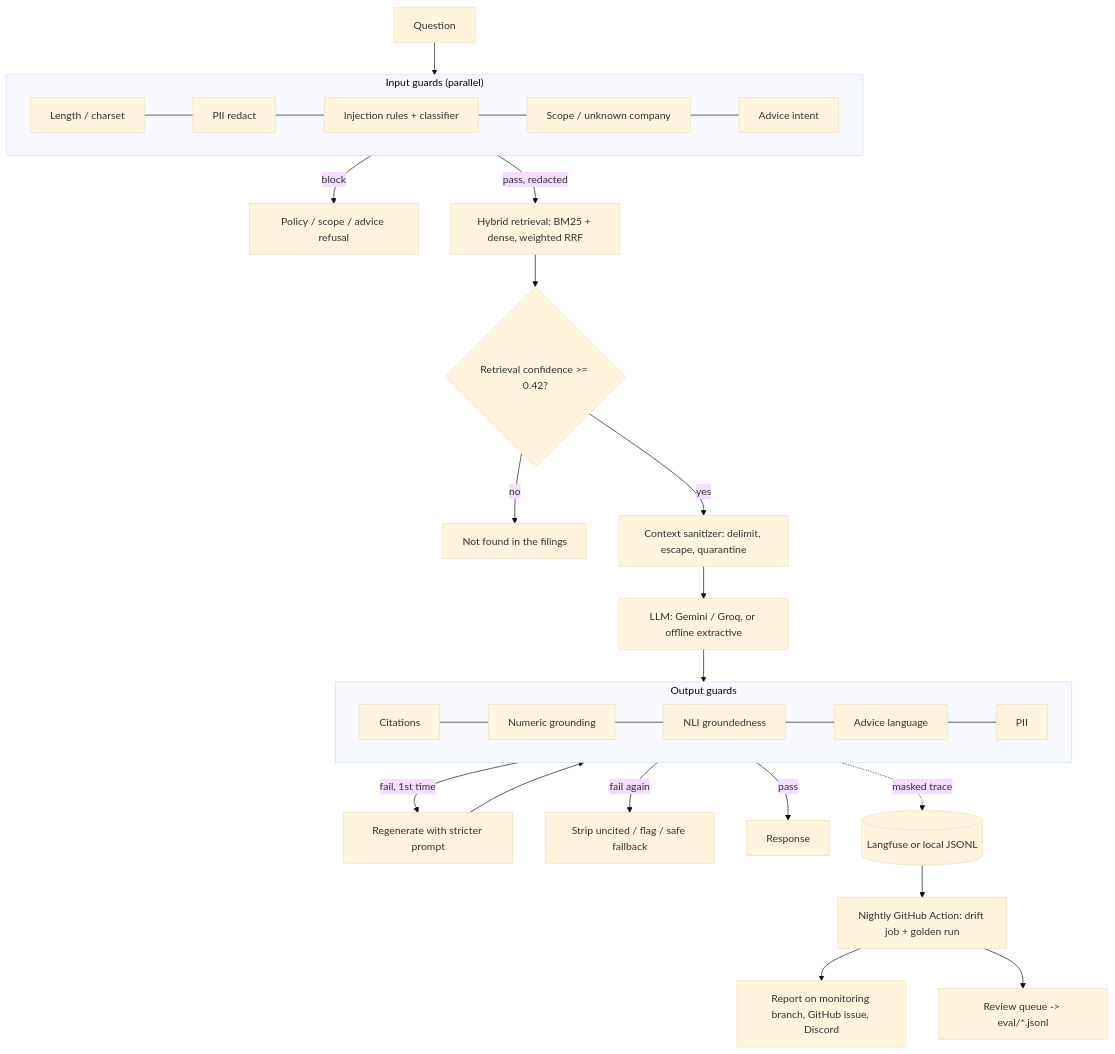
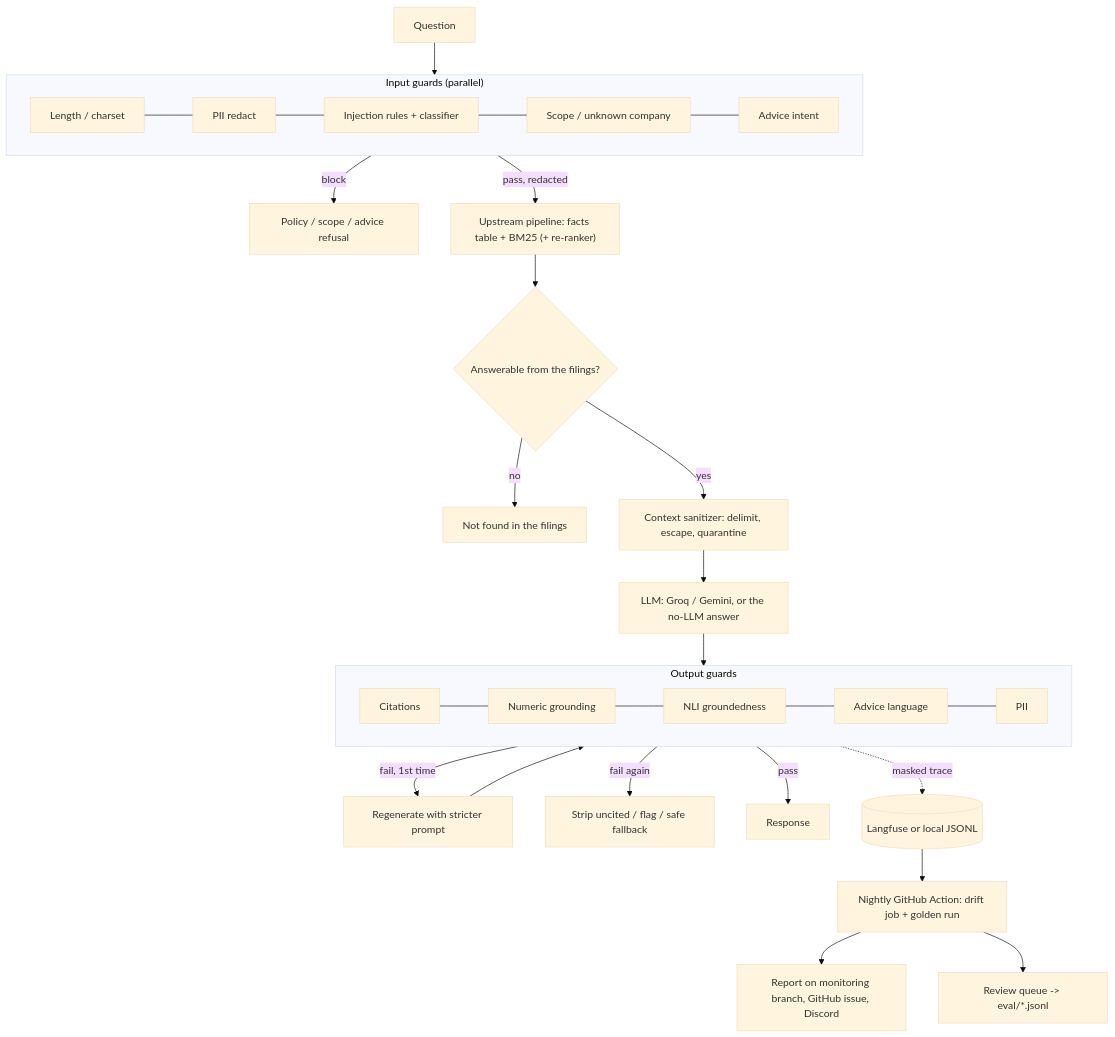
The diagram in README.md (Vaibhav-1614/rag-guardrails-monitoring), drawn with Mermaid (base theme) before and after one commit. The commit also changed other lines of this file and 82 other files, not shown here.

````diff
--- a/README.md
+++ b/README.md
@@ -120,24 +146,24 @@
 ```mermaid
 flowchart TD
     Q[Question] --> IG
     subgraph IG["Input guards (parallel)"]
         I1[Length / charset] --- I2[PII redact] --- I3[Injection rules + classifier] --- I4[Scope / unknown company] --- I5[Advice intent]
     end
     IG -->|block| REF1[Policy / scope / advice refusal]
-    IG -->|pass, redacted| RET[Hybrid retrieval: BM25 + dense, weighted RRF]
-    RET --> RC{"Retrieval confidence >= 0.42?"}
+    IG -->|pass, redacted| RET["Upstream pipeline: facts table + BM25 (+ re-ranker)"]
+    RET --> RC{"Answerable from the filings?"}
     RC -- no --> REF2["Not found in the filings"]
     RC -- yes --> SAN["Context sanitizer: delimit, escape, quarantine"]
-    SAN --> GEN["LLM: Gemini / Groq, or offline extractive"]
+    SAN --> GEN["LLM: Groq / Gemini, or the no-LLM answer"]
     GEN --> OG
     subgraph OG["Output guards"]
         O1[Citations] --- O2[Numeric grounding] --- O3[NLI groundedness] --- O4[Advice language] --- O5[PII]
     end
     OG -->|fail, 1st time| REGEN[Regenerate with stricter prompt] --> OG
     OG -->|fail again| FB["Strip uncited / flag / safe fallback"]
     OG -->|pass| RESP[Response]
     OG -. masked trace .-> LF[("Langfuse or local JSONL")]
     LF --> NIGHT["Nightly GitHub Action: drift job + golden run"]
     NIGHT --> REP["Report on monitoring branch, GitHub issue, Discord"]
     NIGHT --> RQ["Review queue -> eval/*.jsonl"]
 ```
````
